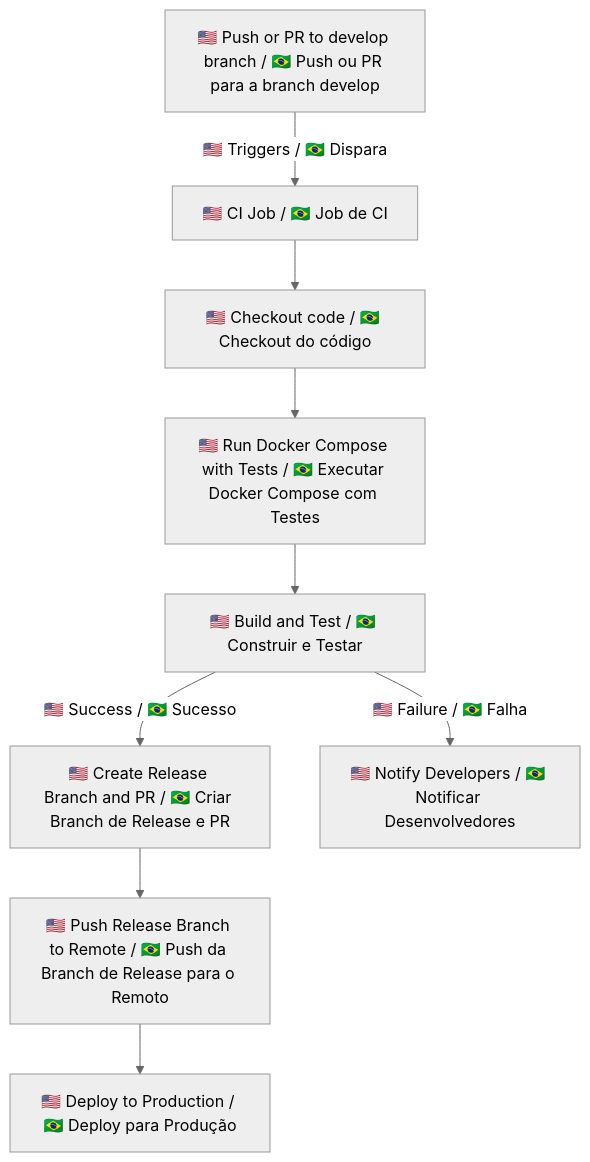
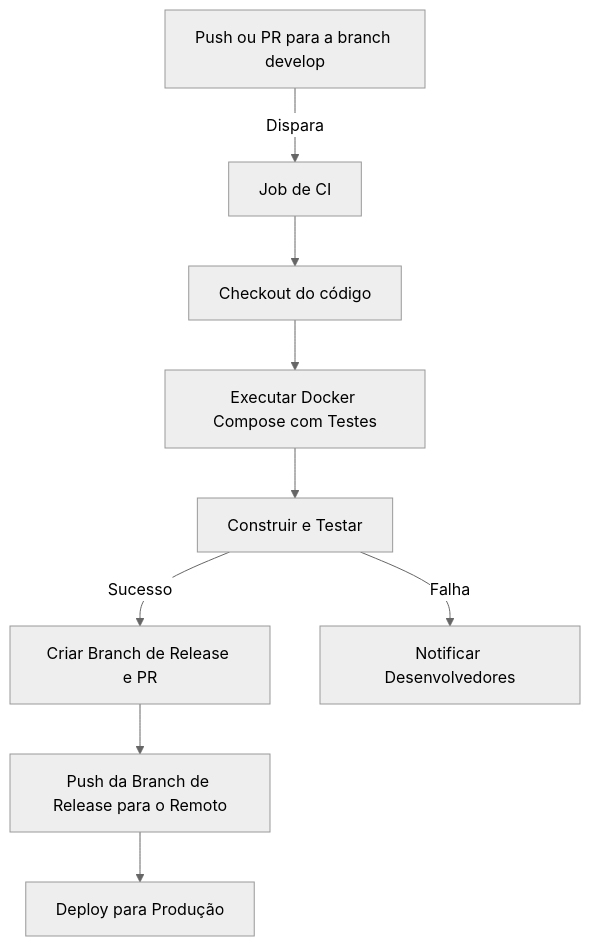
The third of 4 diagrams in README.md (mayconlemosCloud/node-api), drawn with Mermaid (neutral theme) before and after one commit. The commit also changed other lines of this file, not shown here.

````diff
--- a/README.md
+++ b/README.md
@@ -124,11 +262,11 @@
-```mermaid
-graph TD
-    A[🇺🇸 Push or PR to develop branch / 🇧🇷 Push ou PR para a branch develop] -->|🇺🇸 Triggers / 🇧🇷 Dispara| B[🇺🇸 CI Job / 🇧🇷 Job de CI]
-    B --> C[🇺🇸 Checkout code / 🇧🇷 Checkout do código]
-    C --> D[🇺🇸 Run Docker Compose with Tests / 🇧🇷 Executar Docker Compose com Testes]
-    D --> E[🇺🇸 Build and Test / 🇧🇷 Construir e Testar]
-    E -->|🇺🇸 Success / 🇧🇷 Sucesso| F[🇺🇸 Create Release Branch and PR / 🇧🇷 Criar Branch de Release e PR]
-    E -->|🇺🇸 Failure / 🇧🇷 Falha| H[🇺🇸 Notify Developers / 🇧🇷 Notificar Desenvolvedores]
-    F --> G[🇺🇸 Push Release Branch to Remote / 🇧🇷 Push da Branch de Release para o Remoto]
-    G --> I[🇺🇸 Deploy to Production / 🇧🇷 Deploy para Produção]
-```
+  ```mermaid
+  graph TD
+      A[Push ou PR para a branch develop] -->|Dispara| B[Job de CI]
+      B --> C[Checkout do código]
+      C --> D[Executar Docker Compose com Testes]
+      D --> E[Construir e Testar]
+      E -->|Sucesso| F[Criar Branch de Release e PR]
+      E -->|Falha| H[Notificar Desenvolvedores]
+      F --> G[Push da Branch de Release para o Remoto]
+      G --> I[Deploy para Produção]
+  ```
````
